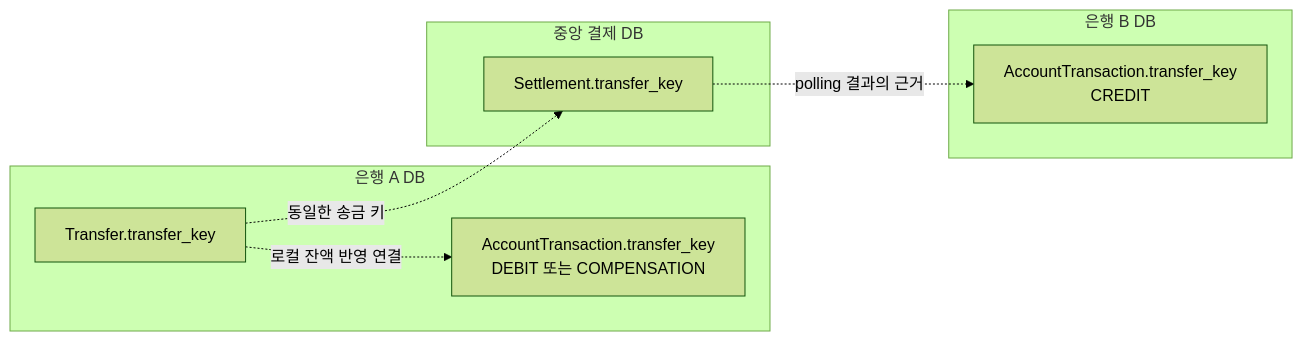
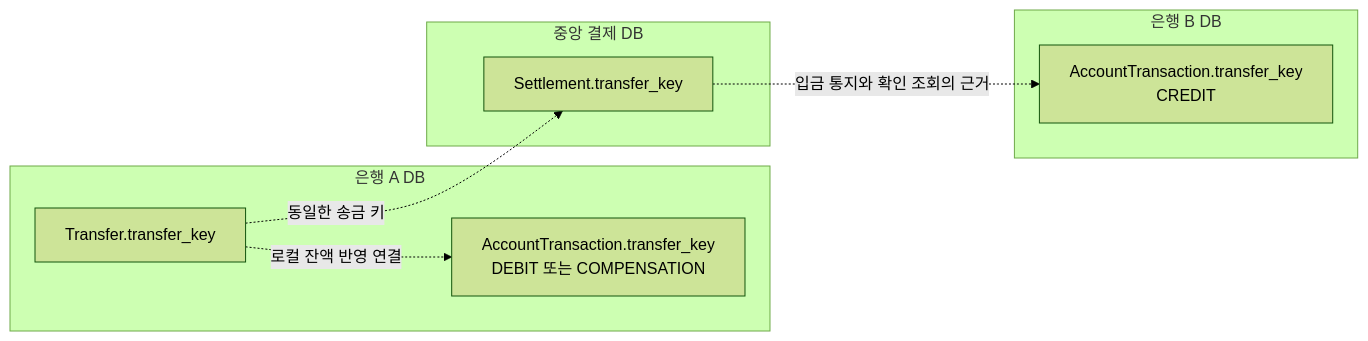
One commit to 2jun0/financial-system-backend changed the third of 3 diagrams in docs/domain/erd.md. Above: the diagram before and after it, drawn with Mermaid (forest theme). The commit also changed 1 other file, not shown here.

Commit message:
docs: 결제 결과 전달 방식을 동기 요청 사슬과 대사 조합으로 변경
- §9를 동기 요청 사슬, 결과 불명 건의 확인 조회, 일일 대사의 세 겹 구조로 재작성
- §7의 수취 검증을 수취 은행의 polling에서 중앙의 검증 요청으로 변경
- §5, §8, §11의 polling 표현을 재전송·확인 조회 표현으로 수정하고 대사 불변식 추가
- 결정 근거는 history 브랜치 D-054

Generated with Claude Code

````diff
--- a/docs/domain/erd.md
+++ b/docs/domain/erd.md
@@ -107,19 +107,19 @@
 ```mermaid
 flowchart LR
     subgraph A["은행 A DB"]
         TA["Transfer.transfer_key"]
         ATA["AccountTransaction.transfer_key<br/>DEBIT 또는 COMPENSATION"]
     end
 
     subgraph C["중앙 결제 DB"]
         ST["Settlement.transfer_key"]
     end
 
     subgraph B["은행 B DB"]
         ATB["AccountTransaction.transfer_key<br/>CREDIT"]
     end
 
     TA -. "동일한 송금 키" .-> ST
     TA -. "로컬 잔액 반영 연결" .-> ATA
-    ST -. "polling 결과의 근거" .-> ATB
+    ST -. "입금 통지와 확인 조회의 근거" .-> ATB
 ```
````
